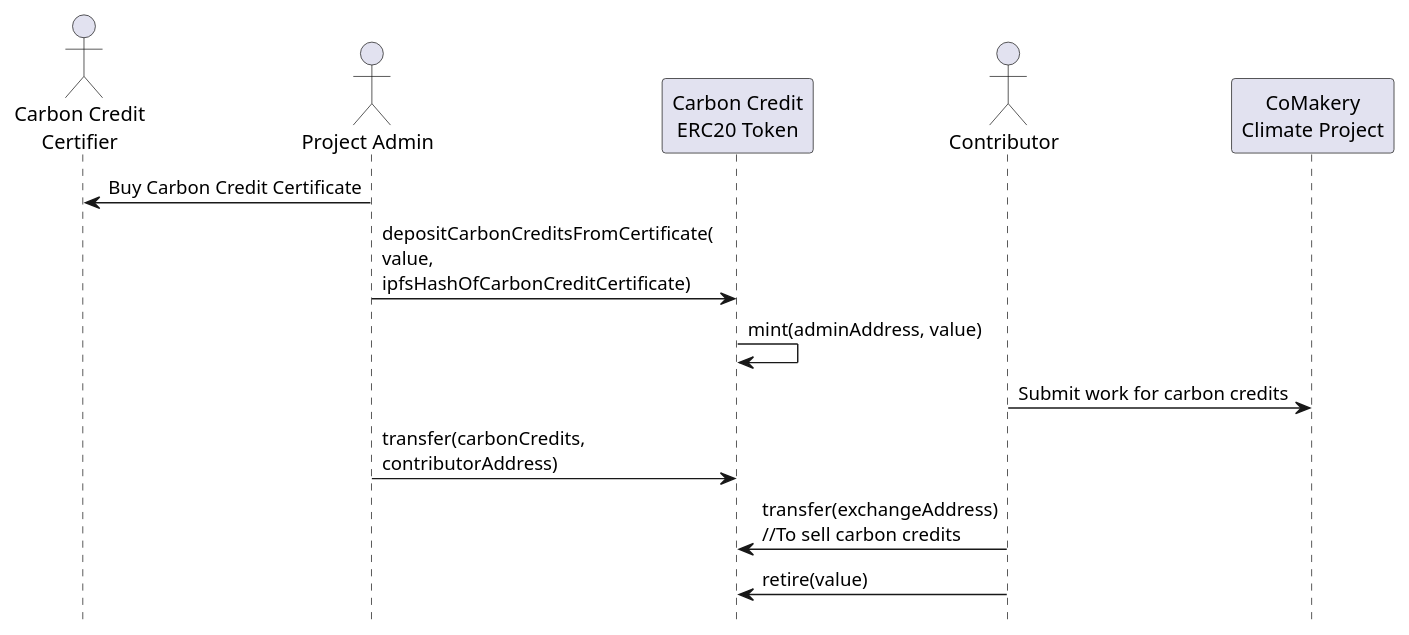
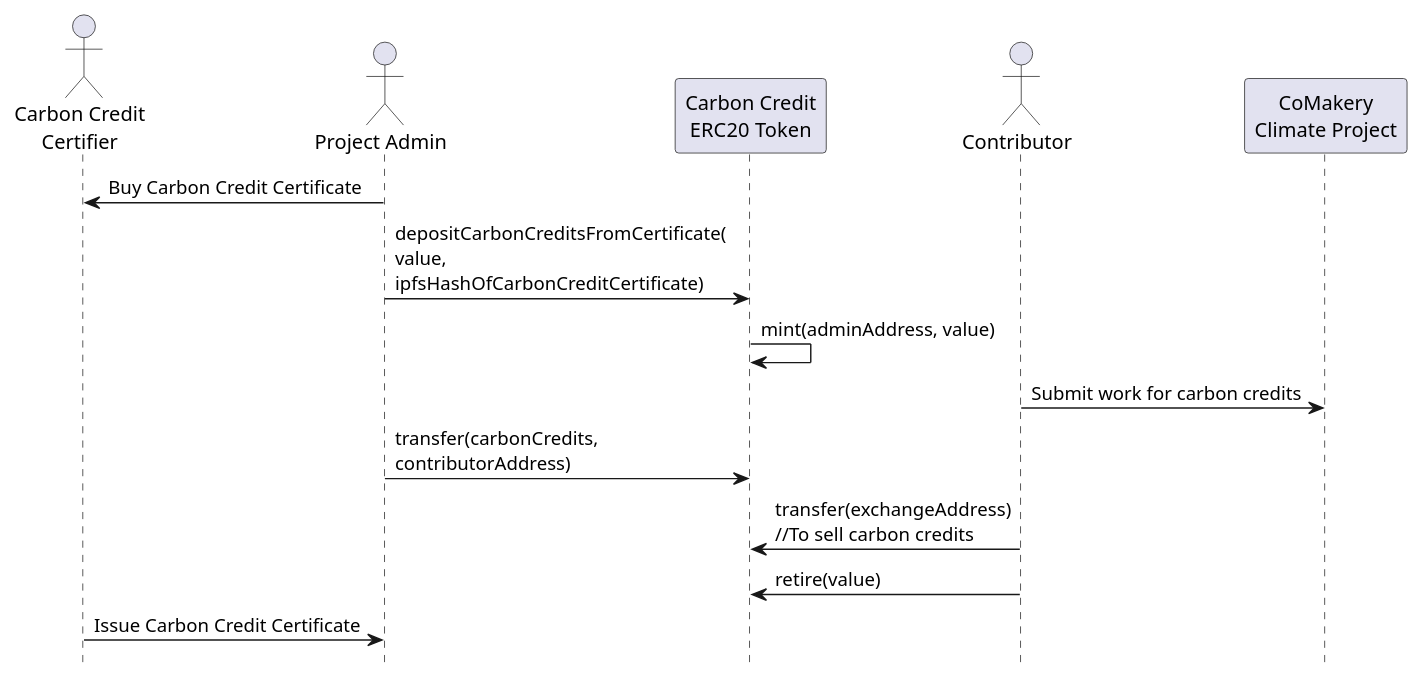
Before and after one commit to CoMakery/comakery-carbon-credit: the diagram in docs/carbon-credits-diagrams.md, drawn with PlantUML. The commit also changed 1 other file, not shown here.

Commit message:
update diagram

````diff
--- a/docs/carbon-credits-diagrams.md
+++ b/docs/carbon-credits-diagrams.md
@@ -1,17 +1,18 @@
 ```plantuml
 @startuml carbon-credits
 hide footbox
 actor Certifier as "Carbon Credit\nCertifier"
 actor Admin as "Project Admin"
 participant Token as "Carbon Credit\nERC20 Token"
 actor Contributor
 participant CoMakery as "CoMakery\nClimate Project"
 Admin -> Certifier: Buy Carbon Credit Certificate
 Admin -> Token: depositCarbonCreditsFromCertificate(\nvalue,\nipfsHashOfCarbonCreditCertificate)
 Token -> Token: mint(adminAddress, value)
 Contributor -> CoMakery: Submit work for carbon credits
 Admin -> Token: transfer(carbonCredits,\ncontributorAddress)
 Contributor -> Token: transfer(exchangeAddress)\n//To sell carbon credits
 Contributor -> Token: retire(value)
+Certifier -> Admin: Issue Carbon Credit Certificate
 @enduml
 ```
````
